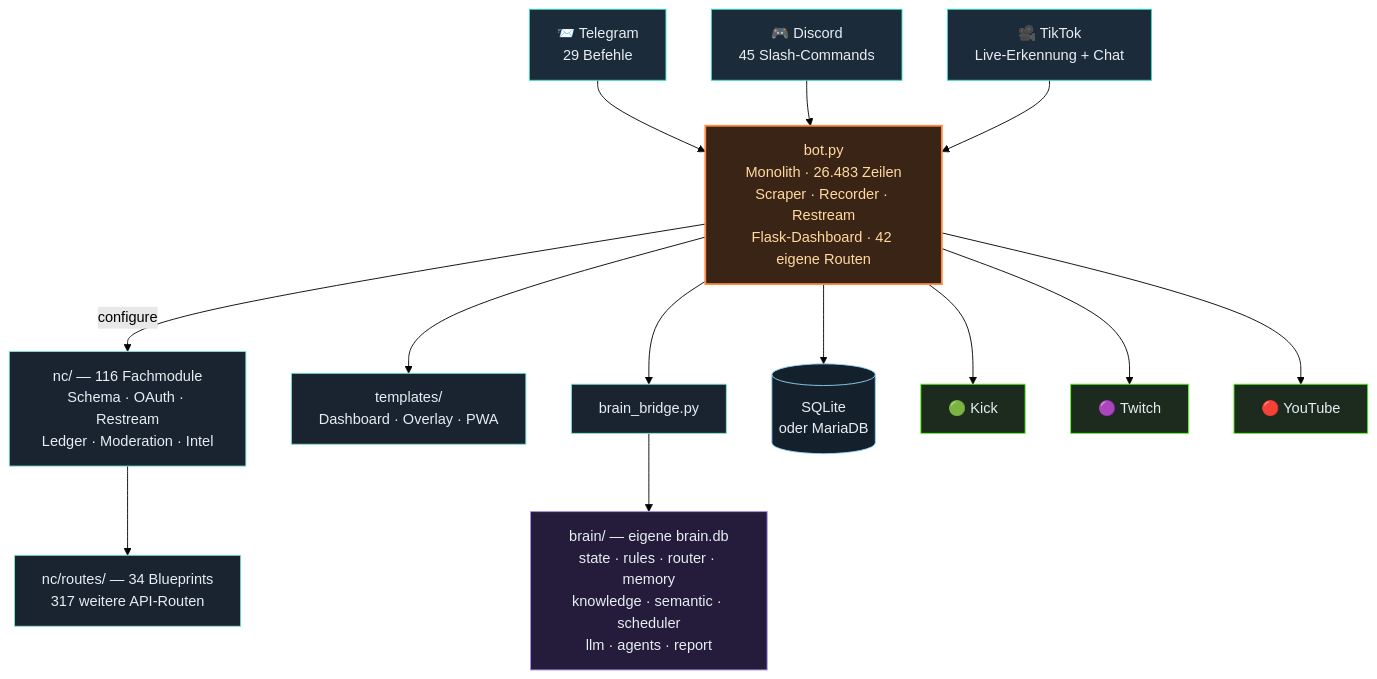
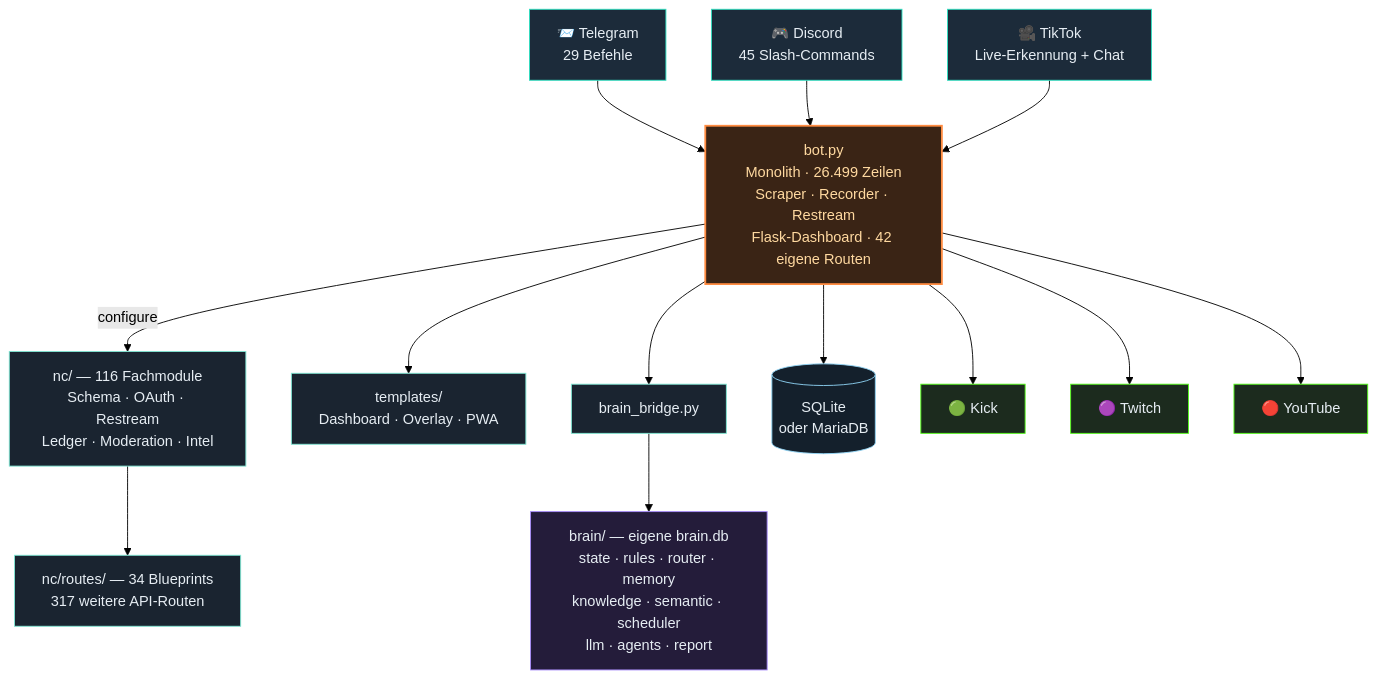
The third of 4 diagrams in README.md (itsamemedev/Telegram-Stream-Info-Bot), drawn with Mermaid (forest theme) before and after one commit. The commit also changed other lines of this file and 6 other files, not shown here.

````diff
--- a/README.md
+++ b/README.md
@@ -189,30 +189,30 @@
 ```mermaid
 flowchart TB
     TG["📨 Telegram<br/>29 Befehle"]:::ein
     DC["🎮 Discord<br/>45 Slash-Commands"]:::ein
     TT["🎥 TikTok<br/>Live-Erkennung + Chat"]:::ein
 
     TG --> BOT
     DC --> BOT
     TT --> BOT
 
-    BOT["bot.py<br/>Monolith · 26.483 Zeilen<br/>Scraper · Recorder · Restream<br/>Flask-Dashboard · 42 eigene Routen"]:::core
+    BOT["bot.py<br/>Monolith · 26.499 Zeilen<br/>Scraper · Recorder · Restream<br/>Flask-Dashboard · 42 eigene Routen"]:::core
 
     BOT -->|configure| NC["nc/ — 116 Fachmodule<br/>Schema · OAuth · Restream<br/>Ledger · Moderation · Intel"]:::lib
     NC --> RT["nc/routes/ — 34 Blueprints<br/>317 weitere API-Routen"]:::lib
     BOT --> TPL["templates/<br/>Dashboard · Overlay · PWA"]:::lib
     BOT --> BR["brain_bridge.py"]:::lib
     BR --> BRAIN["brain/ — eigene brain.db<br/>state · rules · router · memory<br/>knowledge · semantic · scheduler<br/>llm · agents · report"]:::brain
     BOT --> DB[("SQLite<br/>oder MariaDB")]:::db
 
     BOT --> KICK["🟢 Kick"]:::out
     BOT --> TW["🟣 Twitch"]:::out
     BOT --> YT["🔴 YouTube"]:::out
 
     classDef ein fill:#1c2b3a,stroke:#2de1c2,color:#e6edf3
     classDef core fill:#3a2415,stroke:#ff8c42,stroke-width:2px,color:#ffd9a0
     classDef lib fill:#1a2430,stroke:#7fe7d4,color:#e6edf3
     classDef brain fill:#241c3a,stroke:#a78bfa,color:#e6edf3
     classDef db fill:#14202c,stroke:#8fd3f4,color:#e6edf3
     classDef out fill:#1c2b1e,stroke:#53fc18,color:#e6edf3
 ```
````
